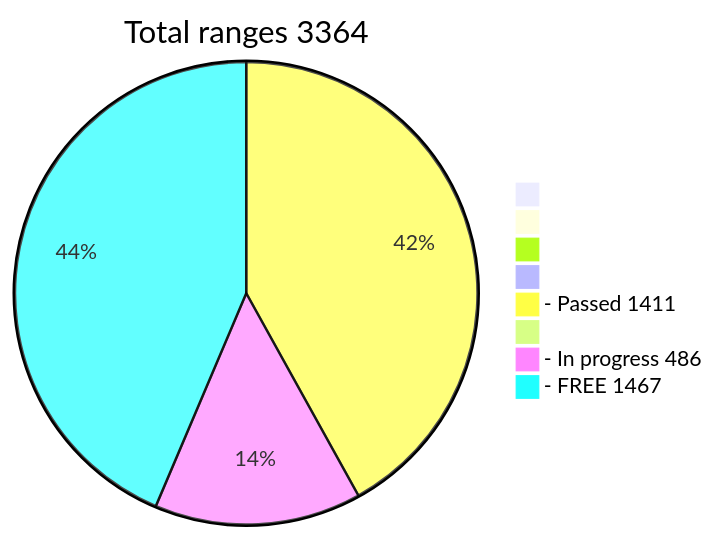
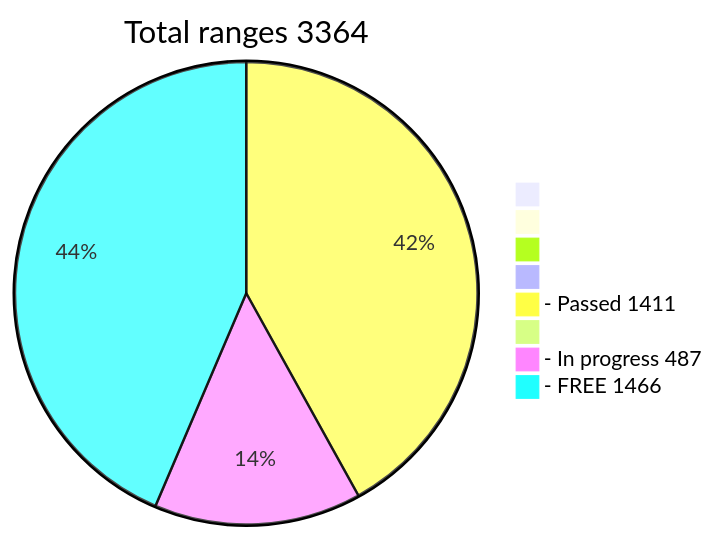
Before and after one commit to phrutis/wif500: the diagram in README.md, drawn with Mermaid.

````diff
--- a/README.md
+++ b/README.md
@@ -16,12 +16,12 @@
 ```mermaid
 pie title Total ranges 3364
              " " : 0
             "  " : 0
            "   " : 0
           "    " : 0
   "- Passed 1411" : 1411
          "     " : 0
-  "- In progress 486" : 486
-   "- FREE 1467" : 1467
+  "- In progress 487" : 487
+   "- FREE 1466" : 1466
    
 ```
````
